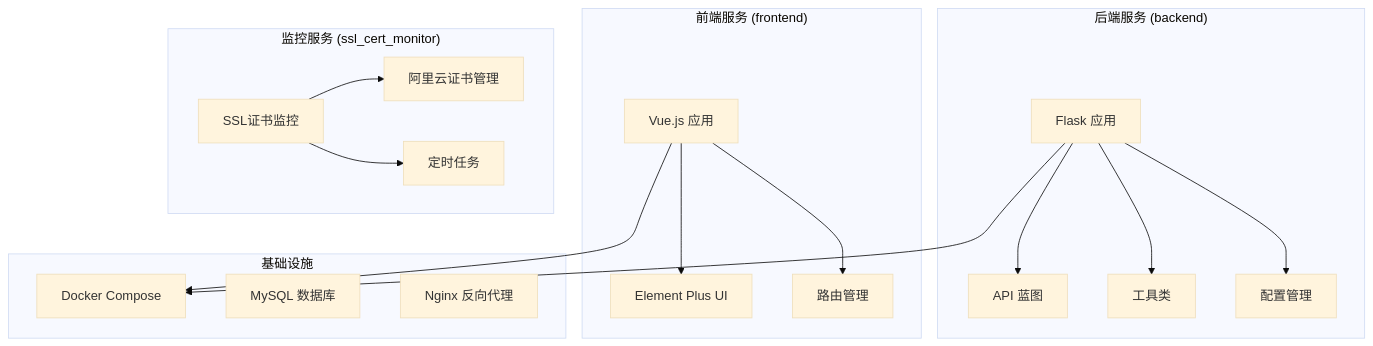
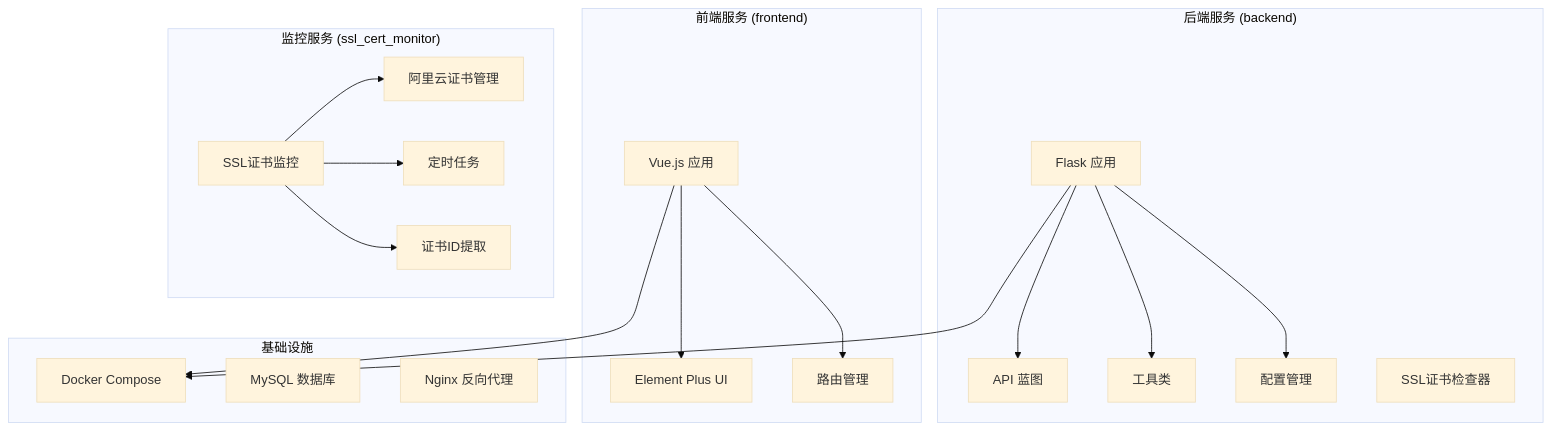
The first of 15 diagrams in .qoder/repowiki/zh/content/核心功能模块/阿里云集成系统.md (ismine3/OPS), drawn with Mermaid (base theme) before and after one commit. The commit also changed other lines of this file and 13 other files, not shown here.

````diff
--- a/.qoder/repowiki/zh/content/核心功能模块/阿里云集成系统.md
+++ b/.qoder/repowiki/zh/content/核心功能模块/阿里云集成系统.md
@@ -48,33 +57,36 @@
 ```mermaid
 graph TB
 subgraph "后端服务 (backend)"
 A[Flask 应用]
 B[API 蓝图]
 C[工具类]
 D[配置管理]
+E[SSL证书检查器]
 end
 subgraph "前端服务 (frontend)"
-E[Vue.js 应用]
-F[Element Plus UI]
-G[路由管理]
+F[Vue.js 应用]
+G[Element Plus UI]
+H[路由管理]
 end
 subgraph "监控服务 (ssl_cert_monitor)"
-H[SSL证书监控]
-I[阿里云证书管理]
-J[定时任务]
+I[SSL证书监控]
+J[阿里云证书管理]
+K[定时任务]
+L[证书ID提取]
 end
 subgraph "基础设施"
-K[Docker Compose]
-L[MySQL 数据库]
-M[Nginx 反向代理]
+M[Docker Compose]
+N[MySQL 数据库]
+O[Nginx 反向代理]
 end
 A --> B
 A --> C
 A --> D
-E --> F
-E --> G
-A --> K
-E --> K
-H --> I
-H --> J
+F --> G
+F --> H
+A --> M
+F --> M
+I --> J
+I --> K
+I --> L
 ```
````
